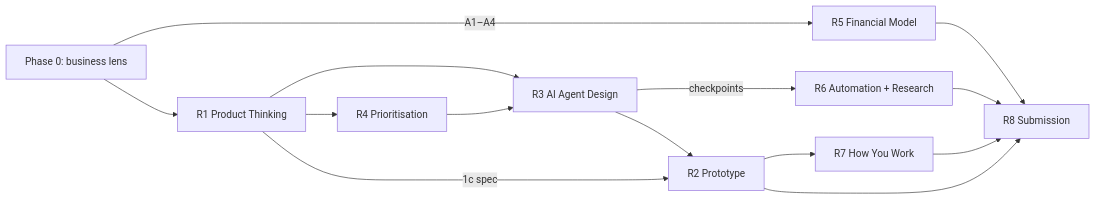
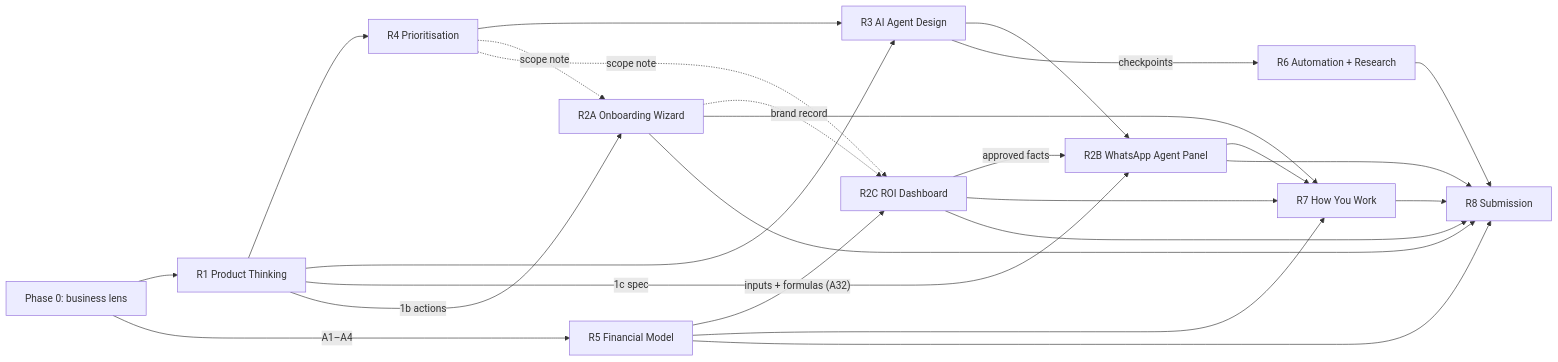
One commit to bhawnamanglapm/Franchise-in-a-Box-OS changed the diagram in docs/requirements/README.md. Above: the diagram before and after it, drawn with Mermaid. The commit also changed other lines of this file and 26 other files, not shown here.

````diff
--- a/docs/requirements/README.md
+++ b/docs/requirements/README.md
@@ -28,16 +33,27 @@
 ```mermaid
 flowchart LR
   P0["Phase 0: business lens"] --> R1
   R1["R1 Product Thinking"] --> R4["R4 Prioritisation"]
   R1 --> R3["R3 AI Agent Design"]
   R4 --> R3
-  R3 --> R2["R2 Prototype"]
-  R1 -- "1c spec" --> R2
+  R3 --> R2B["R2B WhatsApp Agent Panel"]
+  R1 -- "1c spec" --> R2B
   P0 -- "A1–A4" --> R5["R5 Financial Model"]
+  R5 -- "inputs + formulas (A32)" --> R2C["R2C ROI Dashboard"]
+  R2C -- "approved facts" --> R2B
+  R1 -- "1b actions" --> R2A["R2A Onboarding Wizard"]
+  R2A -. "brand record" .-> R2C
+  R4 -. "scope note" .-> R2A
+  R4 -. "scope note" .-> R2C
   R3 -- "checkpoints" --> R6["R6 Automation + Research"]
-  R2 --> R7["R7 How You Work"]
-  R5 --> R8["R8 Submission"]
+  R2A --> R7["R7 How You Work"]
+  R2B --> R7
+  R2C --> R7
+  R5 --> R7
+  R7 --> R8["R8 Submission"]
+  R5 --> R8
   R6 --> R8
-  R7 --> R8
-  R2 --> R8
+  R2A --> R8
+  R2B --> R8
+  R2C --> R8
 ```
````
